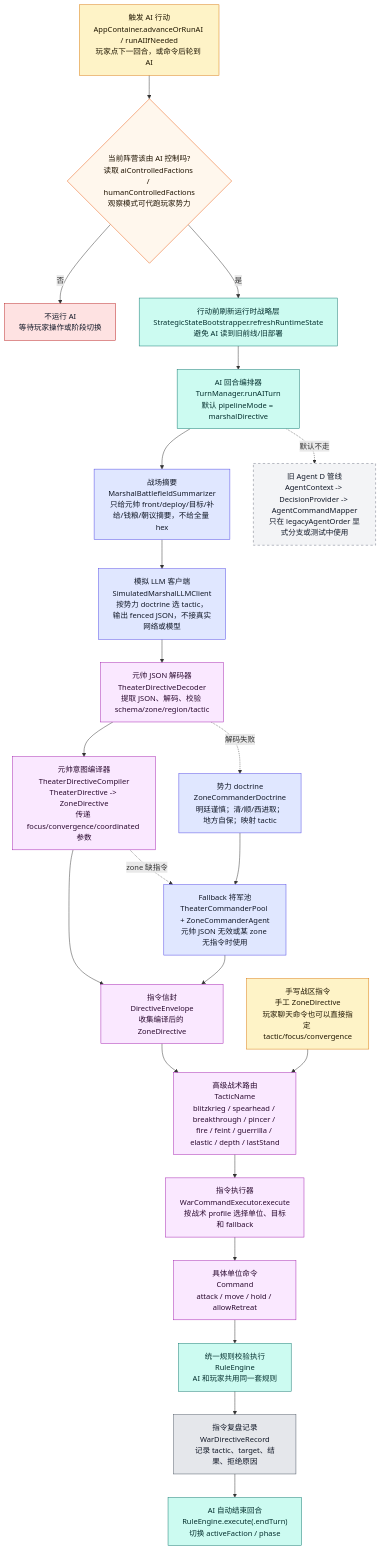
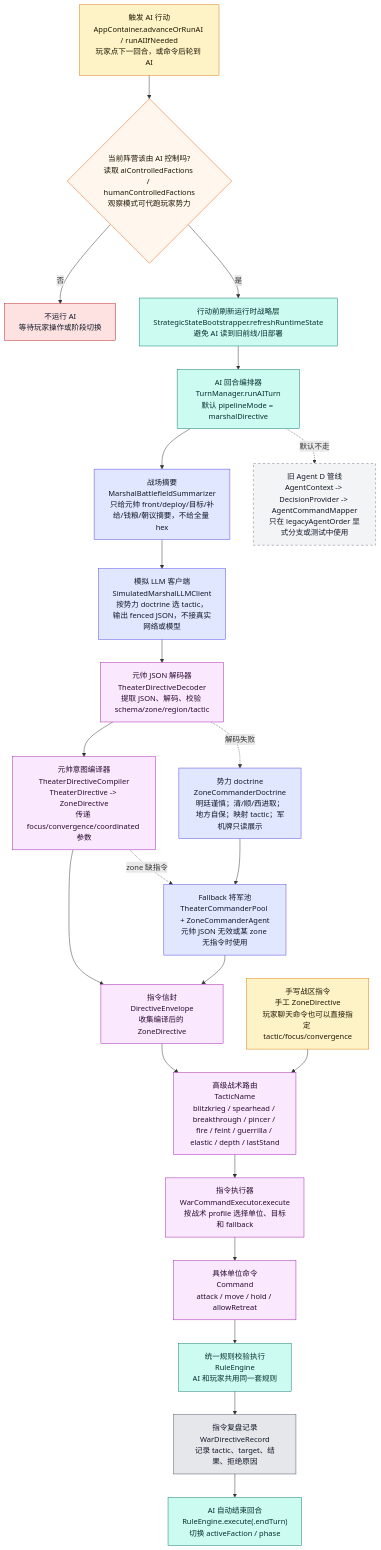
One commit to Altman-sam114/123 changed the fifth of 9 diagrams in md/flow/flowchart.md. Above: the diagram before and after it, drawn with Mermaid. The commit also changed other lines of this file and 7 other files, not shown here.

````diff
--- a/md/flow/flowchart.md
+++ b/md/flow/flowchart.md
@@ -342,44 +342,44 @@
 ```mermaid
 flowchart TD
     START["触发 AI 行动<br/>AppContainer.advanceOrRunAI / runAIIfNeeded<br/>玩家点下一回合，或命令后轮到 AI"]:::input
     CHECK{"当前阵营该由 AI 控制吗?<br/>读取 aiControlledFactions / humanControlledFactions<br/>观察模式可代跑玩家势力"}:::decision
     STOP["不运行 AI<br/>等待玩家操作或阶段切换"]:::stop
     REFRESH["行动前刷新运行时战略层<br/>StrategicStateBootstrapper.refreshRuntimeState<br/>避免 AI 读到旧前线/旧部署"]:::rules
     TM["AI 回合编排器<br/>TurnManager.runAITurn<br/>默认 pipelineMode = marshalDirective"]:::rules
     SUM["战场摘要<br/>MarshalBattlefieldSummarizer<br/>只给元帅 front/deploy/目标/补给/钱粮/朝议摘要，不给全量 hex"]:::ai
     LLM["模拟 LLM 客户端<br/>SimulatedMarshalLLMClient<br/>按势力 doctrine 选 tactic，输出 fenced JSON，不接真实网络或模型"]:::ai
     DEC["元帅 JSON 解码器<br/>TheaterDirectiveDecoder<br/>提取 JSON、解码、校验 schema/zone/region/tactic"]:::command
     COMP["元帅意图编译器<br/>TheaterDirectiveCompiler<br/>TheaterDirective -> ZoneDirective<br/>传递 focus/convergence/coordinated 参数"]:::command
     ENV["指令信封<br/>DirectiveEnvelope<br/>收集编译后的 ZoneDirective"]:::command
     TACTIC["高级战术路由<br/>TacticName<br/>blitzkrieg / spearhead / breakthrough / pincer / fire / feint / guerrilla / elastic / depth / lastStand"]:::command
     WCE["指令执行器<br/>WarCommandExecutor.execute<br/>按战术 profile 选择单位、目标和 fallback"]:::command
     BOTTOM["具体单位命令<br/>Command<br/>attack / move / hold / allowRetreat"]:::command
     RE["统一规则校验执行<br/>RuleEngine<br/>AI 和玩家共用同一套规则"]:::rules
     RECORD["指令复盘记录<br/>WarDirectiveRecord<br/>记录 tactic、target、结果、拒绝原因"]:::ui
     END["AI 自动结束回合<br/>RuleEngine.execute(.endTurn)<br/>切换 activeFaction / phase"]:::rules
 
     START --> CHECK
     CHECK -->|否| STOP
     CHECK -->|是| REFRESH --> TM --> SUM --> LLM --> DEC --> COMP --> ENV
     ENV --> TACTIC --> WCE --> BOTTOM --> RE --> RECORD --> END
 
-    DOCTRINE["势力 doctrine<br/>ZoneCommanderDoctrine<br/>明廷谨慎；清/顺/西进取；地方自保；映射 tactic"]:::ai
+    DOCTRINE["势力 doctrine<br/>ZoneCommanderDoctrine<br/>明廷谨慎；清/顺/西进取；地方自保；映射 tactic；军机牌只读展示"]:::ai
     FALLBACK["Fallback 将军池<br/>TheaterCommanderPool + ZoneCommanderAgent<br/>元帅 JSON 无效或某 zone 无指令时使用"]:::ai
     DEC -.解码失败.-> DOCTRINE --> FALLBACK --> ENV
     COMP -.zone 缺指令.-> FALLBACK
 
     LEGACY["旧 Agent D 管线<br/>AgentContext -> DecisionProvider -> AgentCommandMapper<br/>只在 legacyAgentOrder 显式分支或测试中使用"]:::legacy
     TM -.默认不走.-> LEGACY
 
     MANUAL["手写战区指令<br/>手工 ZoneDirective<br/>玩家聊天命令也可以直接指定 tactic/focus/convergence"]:::input
     MANUAL --> TACTIC
 
     classDef input fill:#fef3c7,stroke:#d97706,color:#1f1600
     classDef decision fill:#fff7ed,stroke:#ea580c,color:#1f1300
     classDef stop fill:#fee2e2,stroke:#b91c1c,color:#111827
     classDef rules fill:#ccfbf1,stroke:#0f766e,color:#042f2e
     classDef ai fill:#e0e7ff,stroke:#4f46e5,color:#111827
     classDef command fill:#fae8ff,stroke:#a21caf,color:#2a0a2f
     classDef ui fill:#e5e7eb,stroke:#4b5563,color:#111827
     classDef legacy fill:#f3f4f6,stroke:#6b7280,stroke-dasharray:5 5,color:#111827
 ```
````
